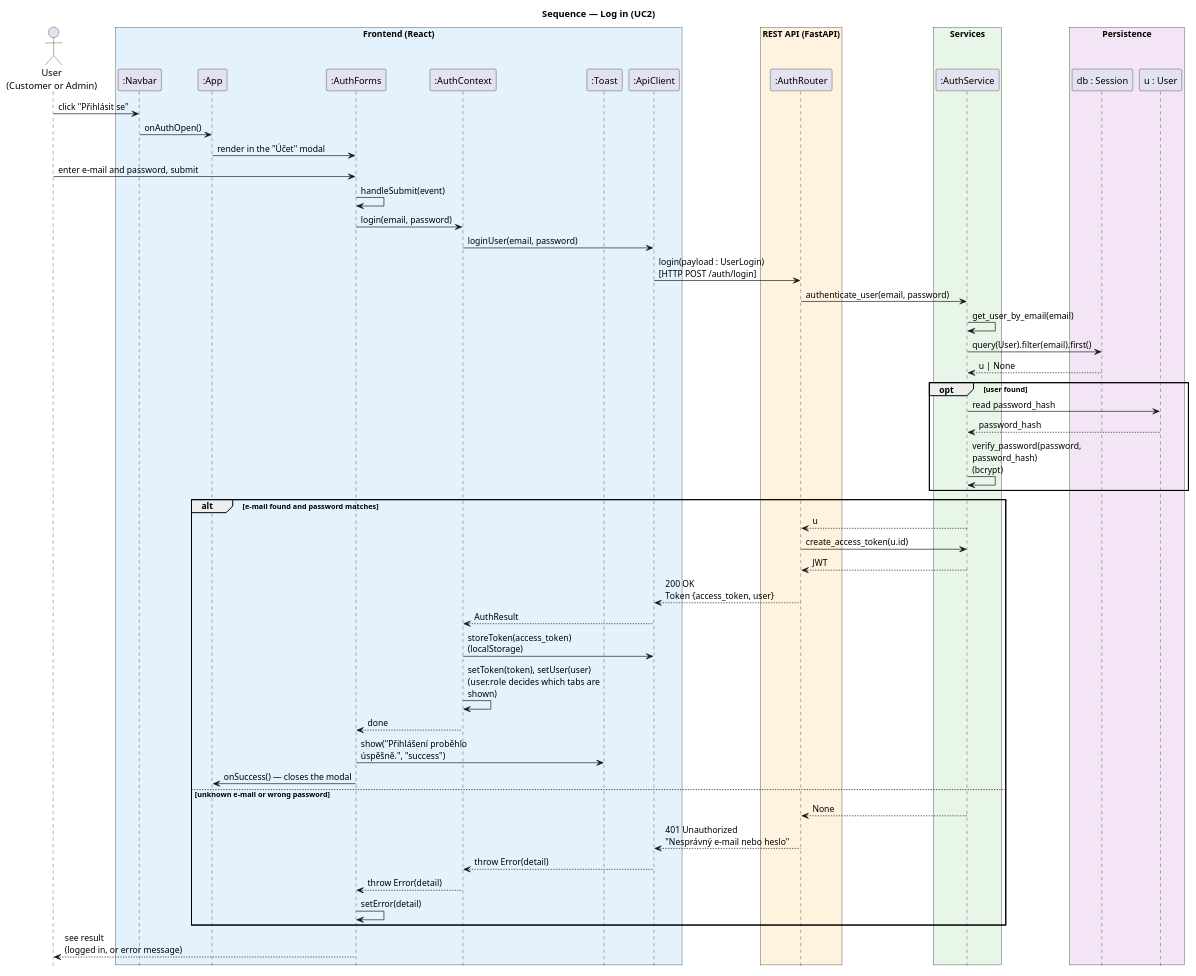
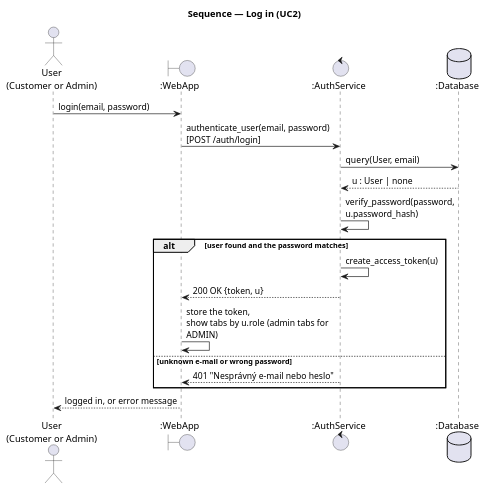
Before and after one commit to DavidMagyarics/CarRentalVSB: the diagram in docs/diagrams/sequence-login.puml, drawn with PlantUML. The commit also changed 13 other files, not shown here.

Commit message:
docs: simplify the class and sequence diagrams to the main boundary, control and entity classes

```diff
--- a/docs/diagrams/sequence-login.puml
+++ b/docs/diagrams/sequence-login.puml
@@ -1,66 +1,26 @@
 @startuml sequence-login
 skinparam backgroundColor white
 skinparam responseMessageBelowArrow true
-skinparam maxMessageSize 220
-hide footbox
+skinparam maxMessageSize 260
 title Sequence — Log in (UC2)
+actor "User\n(Customer or Admin)" as User
+boundary ":WebApp" as Web
+control ":AuthService" as Auth
+database ":Database" as DB
 
-actor "User\n(Customer or Admin)" as User
-box "Frontend (React)" #E3F2FD
-  participant ":Navbar" as Navbar
-  participant ":App" as App
-  participant ":AuthForms" as AuthForms
-  participant ":AuthContext" as AuthContext
-  participant ":Toast" as Toast
-  participant ":ApiClient" as ApiClient
-end box
-box "REST API (FastAPI)" #FFF3E0
-  participant ":AuthRouter" as AuthRouter
-end box
-box "Services" #E8F5E9
-  participant ":AuthService" as AuthService
-end box
-box "Persistence" #F3E5F5
-  participant "db : Session" as DB
-  participant "u : User" as U
-end box
+User -> Web : login(email, password)
+Web -> Auth : authenticate_user(email, password)\n[POST /auth/login]
+Auth -> DB : query(User, email)
+DB --> Auth : u : User | none
+Auth -> Auth : verify_password(password, u.password_hash)
 
-User -> Navbar : click "Přihlásit se"
-Navbar -> App : onAuthOpen()
-App -> AuthForms : render in the "Účet" modal
-User -> AuthForms : enter e-mail and password, submit
-AuthForms -> AuthForms : handleSubmit(event)
-AuthForms -> AuthContext : login(email, password)
-AuthContext -> ApiClient : loginUser(email, password)
-ApiClient -> AuthRouter : login(payload : UserLogin)\n[HTTP POST /auth/login]
-AuthRouter -> AuthService : authenticate_user(email, password)
-AuthService -> AuthService : get_user_by_email(email)
-AuthService -> DB : query(User).filter(email).first()
-DB --> AuthService : u | None
-opt user found
-  AuthService -> U : read password_hash
-  U --> AuthService : password_hash
-  AuthService -> AuthService : verify_password(password, password_hash)\n(bcrypt)
+alt user found and the password matches
+  Auth -> Auth : create_access_token(u)
+  Auth --> Web : 200 OK {token, u}
+  Web -> Web : store the token,\nshow tabs by u.role (admin tabs for ADMIN)
+else unknown e-mail or wrong password
+  Auth --> Web : 401 "Nesprávný e-mail nebo heslo"
 end
 
-alt e-mail found and password matches
-  AuthService --> AuthRouter : u
-  AuthRouter -> AuthService : create_access_token(u.id)
-  AuthService --> AuthRouter : JWT
-  AuthRouter --> ApiClient : 200 OK\nToken {access_token, user}
-  ApiClient --> AuthContext : AuthResult
-  AuthContext -> ApiClient : storeToken(access_token)\n(localStorage)
-  AuthContext -> AuthContext : setToken(token), setUser(user)\n(user.role decides which tabs are shown)
-  AuthContext --> AuthForms : done
-  AuthForms -> Toast : show("Přihlášení proběhlo úspěšně.", "success")
-  AuthForms -> App : onSuccess() — closes the modal
-else unknown e-mail or wrong password
-  AuthService --> AuthRouter : None
-  AuthRouter --> ApiClient : 401 Unauthorized\n"Nesprávný e-mail nebo heslo"
-  ApiClient --> AuthContext : throw Error(detail)
-  AuthContext --> AuthForms : throw Error(detail)
-  AuthForms -> AuthForms : setError(detail)
-end
-
-AuthForms --> User : see result\n(logged in, or error message)
+Web --> User : logged in, or error message
 @enduml
```
